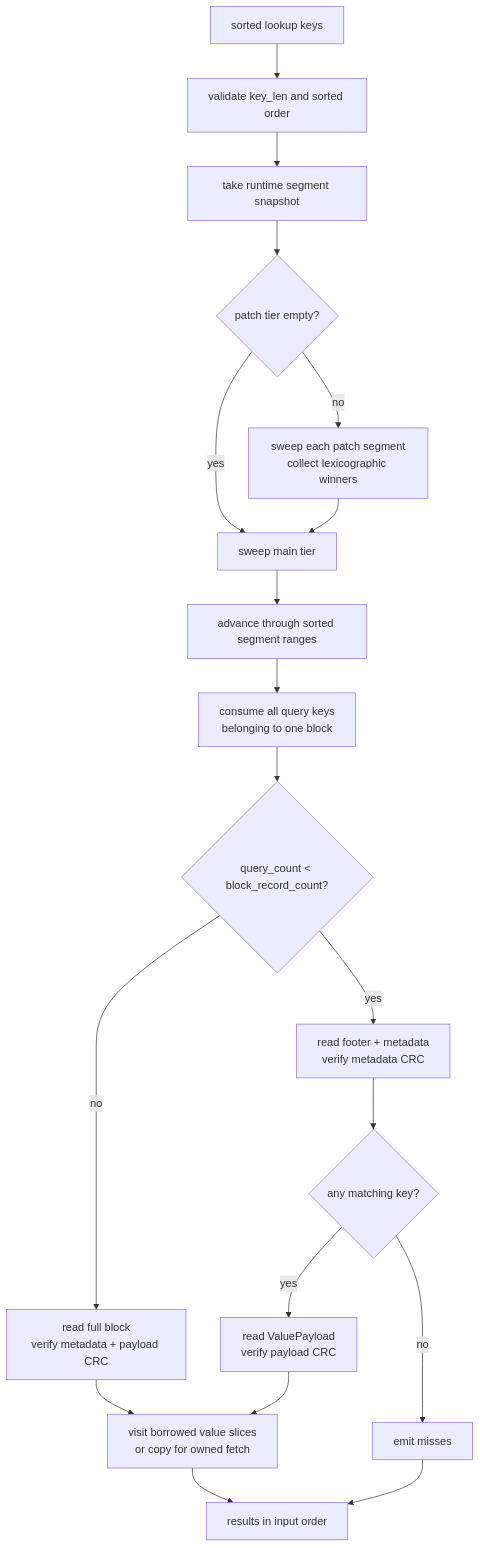
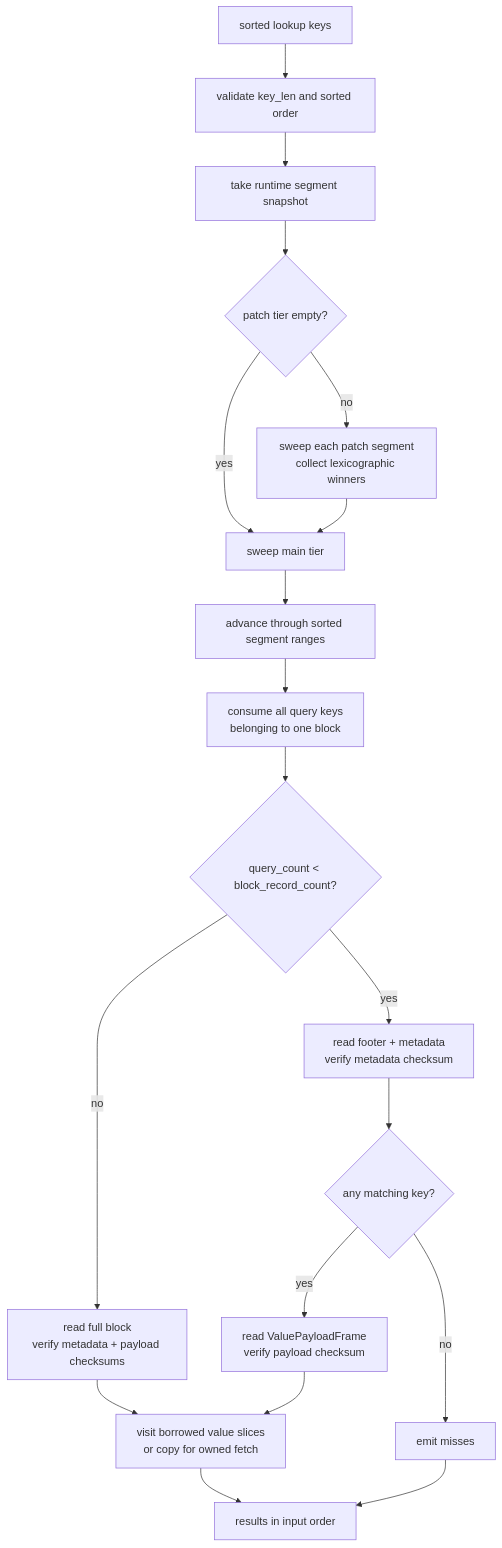
The sixth of 7 diagrams in crates/segment-cache-store/docs/design.md (wangl-cc/evo-ssa-tools), drawn with Mermaid before and after one commit. The commit also changed other lines of this file and 27 other files, not shown here.

First line of the commit message:
feat(segment-cache-store): add value payload compression

````diff
--- a/crates/segment-cache-store/docs/design.md
+++ b/crates/segment-cache-store/docs/design.md
@@ -481,24 +497,24 @@
 ```mermaid
 flowchart TD
   Keys["sorted lookup keys"] --> Validate["validate key_len and sorted order"]
   Validate --> Snapshot["take runtime segment snapshot"]
   Snapshot --> PatchCheck{"patch tier empty?"}
 
   PatchCheck -->|yes| MainSweep["sweep main tier"]
   PatchCheck -->|no| PatchSweep["sweep each patch segment<br/>collect lexicographic winners"]
   PatchSweep --> MainSweep
 
   MainSweep --> SegmentSweep["advance through sorted segment ranges"]
   SegmentSweep --> BlockRange["consume all query keys<br/>belonging to one block"]
   BlockRange --> SparseChoice{"query_count < block_record_count?"}
 
-  SparseChoice -->|yes| MetadataOnly["read footer + metadata<br/>verify metadata CRC"]
-  SparseChoice -->|no| FullBlock["read full block<br/>verify metadata + payload CRC"]
+  SparseChoice -->|yes| MetadataOnly["read footer + metadata<br/>verify metadata checksum"]
+  SparseChoice -->|no| FullBlock["read full block<br/>verify metadata + payload checksums"]
   MetadataOnly --> HitCheck{"any matching key?"}
   HitCheck -->|no| Misses["emit misses"]
-  HitCheck -->|yes| PayloadRead["read ValuePayload<br/>verify payload CRC"]
+  HitCheck -->|yes| PayloadRead["read ValuePayloadFrame<br/>verify payload checksum"]
   FullBlock --> Emit["visit borrowed value slices<br/>or copy for owned fetch"]
   PayloadRead --> Emit
   Emit --> Output["results in input order"]
   Misses --> Output
 ```
````
